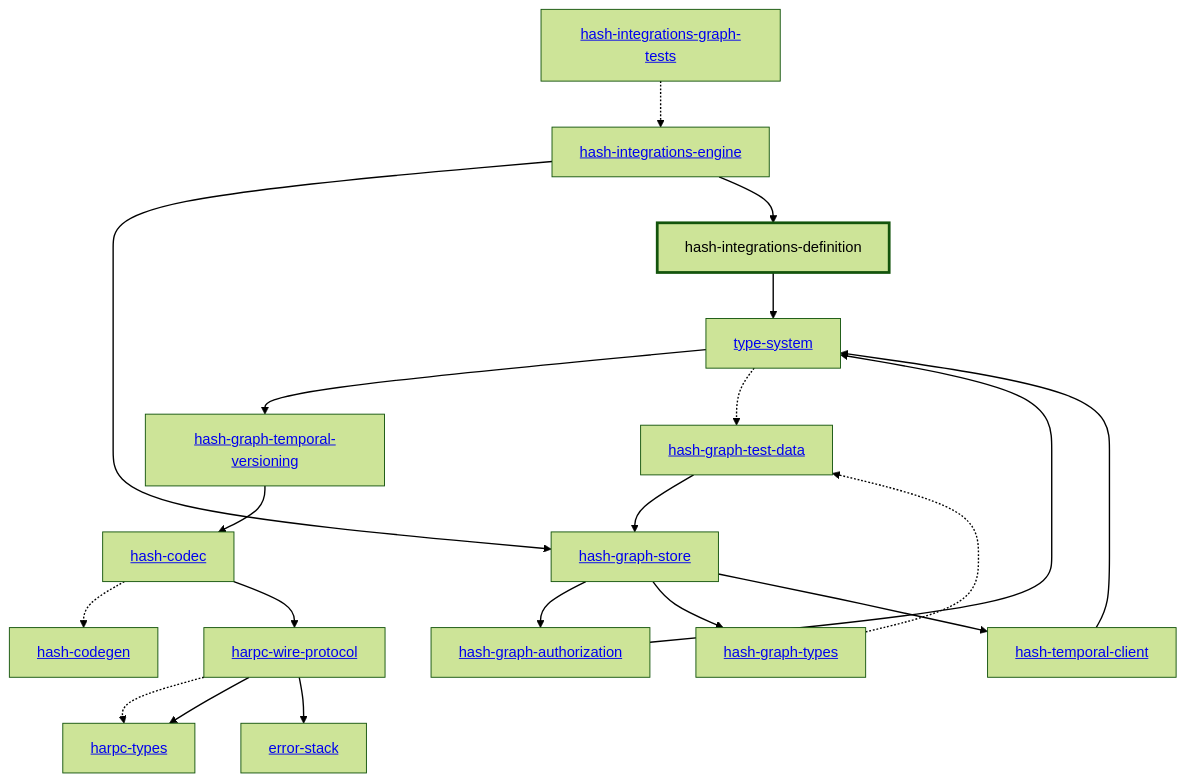
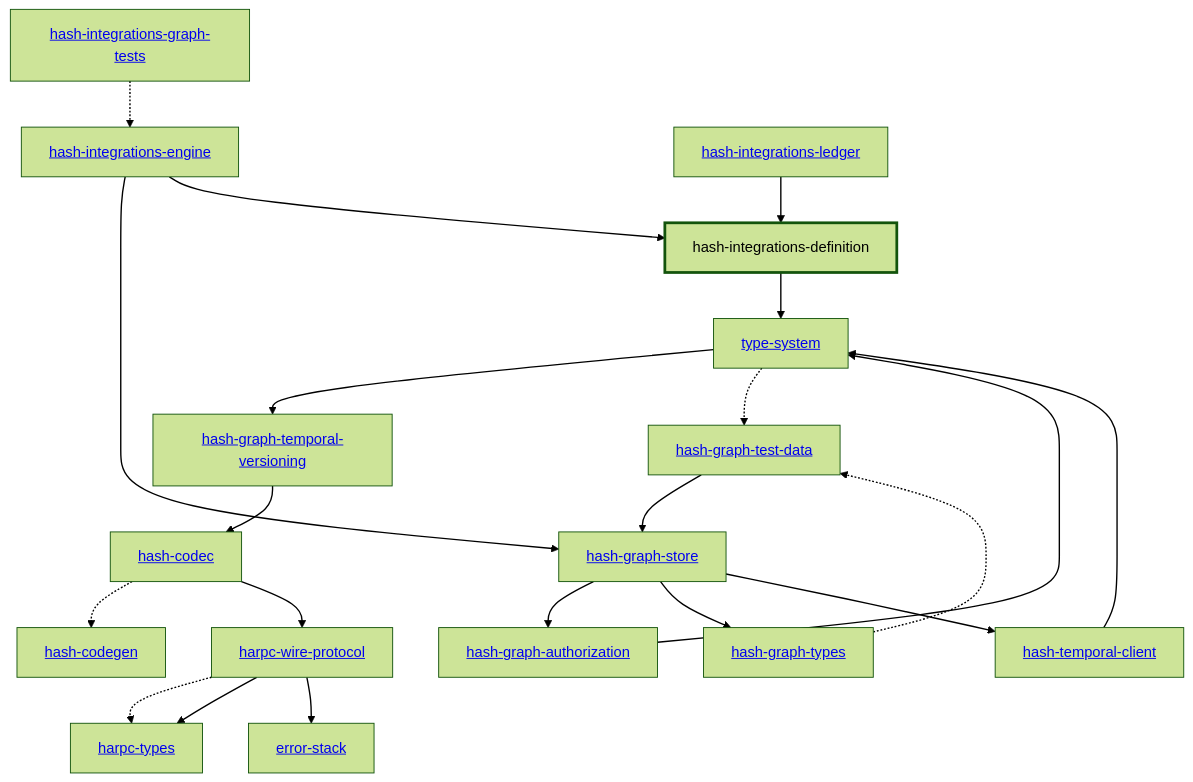
One commit to hashintel/hash changed the diagram in libs/@local/integrations/definition/docs/dependency-diagram.mmd. Above: the diagram before and after it, drawn with Mermaid (forest theme). The commit also changed 12 other files, not shown here.

Commit message:
Regenerate the dependency diagrams that include the ledger crate

```diff
--- a/libs/@local/integrations/definition/docs/dependency-diagram.mmd
+++ b/libs/@local/integrations/definition/docs/dependency-diagram.mmd
@@ -1,45 +1,47 @@
 graph TD
     linkStyle default stroke-width:1.5px
     classDef default stroke-width:1px
     classDef root stroke-width:3px
     classDef dev stroke-width:1px
     classDef build stroke-width:1px
     %% Legend
     %% --> : Normal dependency
     %% -.-> : Dev dependency
     %% ---> : Build dependency
     0[<a href="../type_system/index.html">type-system</a>]
     1[<a href="../hash_codec/index.html">hash-codec</a>]
     2[<a href="../hash_codegen/index.html">hash-codegen</a>]
     3[<a href="../hash_graph_authorization/index.html">hash-graph-authorization</a>]
     4[<a href="../hash_graph_store/index.html">hash-graph-store</a>]
     5[<a href="../hash_graph_temporal_versioning/index.html">hash-graph-temporal-versioning</a>]
     6[<a href="../hash_graph_types/index.html">hash-graph-types</a>]
     7[<a href="../harpc_types/index.html">harpc-types</a>]
     8[<a href="../harpc_wire_protocol/index.html">harpc-wire-protocol</a>]
     9[hash-integrations-definition]
     class 9 root
     10[<a href="../hash_integrations_engine/index.html">hash-integrations-engine</a>]
-    11[<a href="../hash_temporal_client/index.html">hash-temporal-client</a>]
-    12[<a href="../error_stack/index.html">error-stack</a>]
-    13[<a href="../hash_graph_test_data/index.html">hash-graph-test-data</a>]
-    14[<a href="../hash_integrations_graph_tests/index.html">hash-integrations-graph-tests</a>]
+    11[<a href="../hash_integrations_ledger/index.html">hash-integrations-ledger</a>]
+    12[<a href="../hash_temporal_client/index.html">hash-temporal-client</a>]
+    13[<a href="../error_stack/index.html">error-stack</a>]
+    14[<a href="../hash_graph_test_data/index.html">hash-graph-test-data</a>]
+    15[<a href="../hash_integrations_graph_tests/index.html">hash-integrations-graph-tests</a>]
     0 --> 5
-    0 -.-> 13
+    0 -.-> 14
     1 -.-> 2
     1 --> 8
     3 --> 0
     4 --> 3
     4 --> 6
-    4 --> 11
+    4 --> 12
     5 --> 1
-    6 -.-> 13
+    6 -.-> 14
     8 -.-> 7
     8 --> 7
-    8 --> 12
+    8 --> 13
     9 --> 0
     10 --> 4
     10 --> 9
-    11 --> 0
-    13 --> 4
-    14 -.-> 10
+    11 --> 9
+    12 --> 0
+    14 --> 4
+    15 -.-> 10
```
